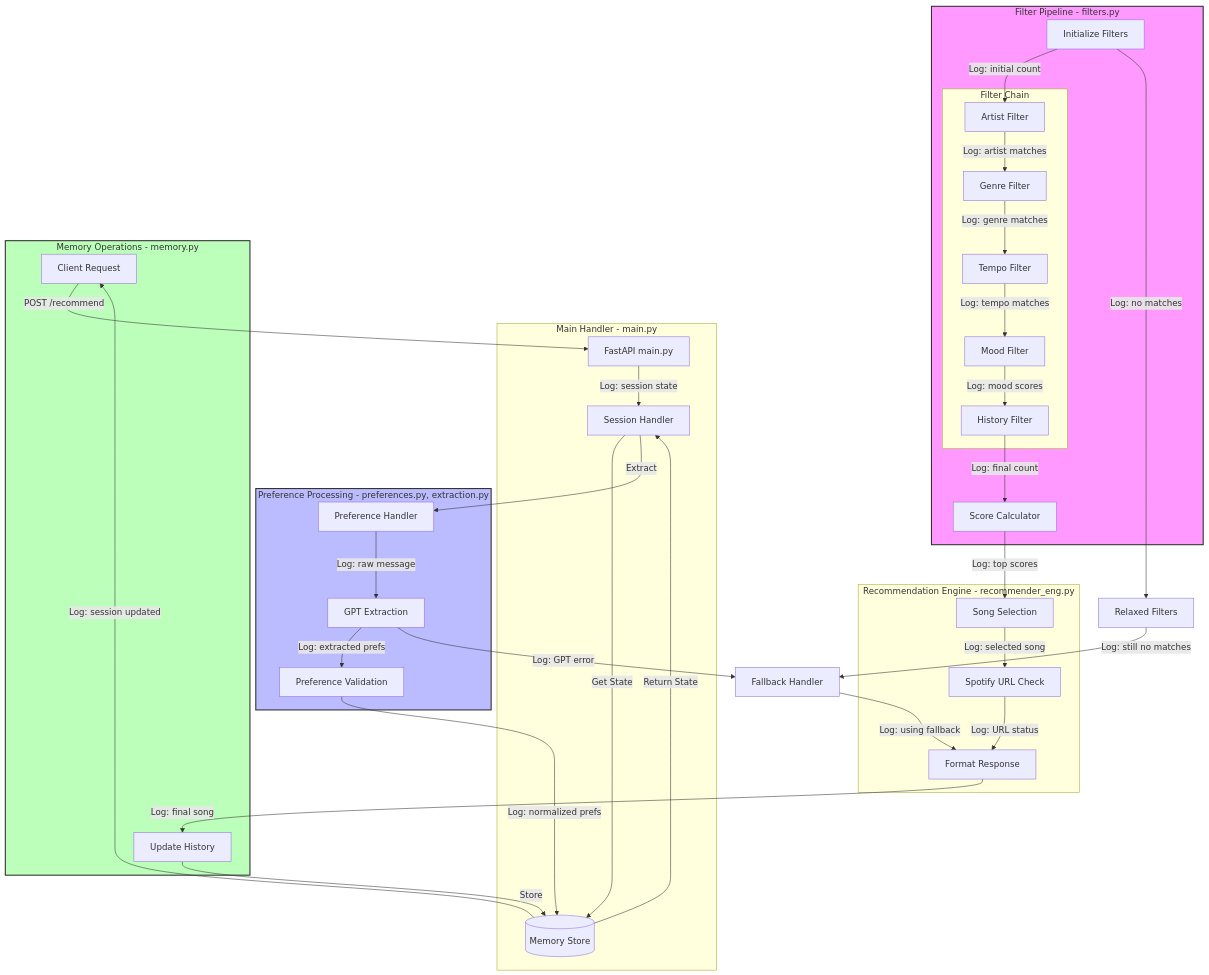
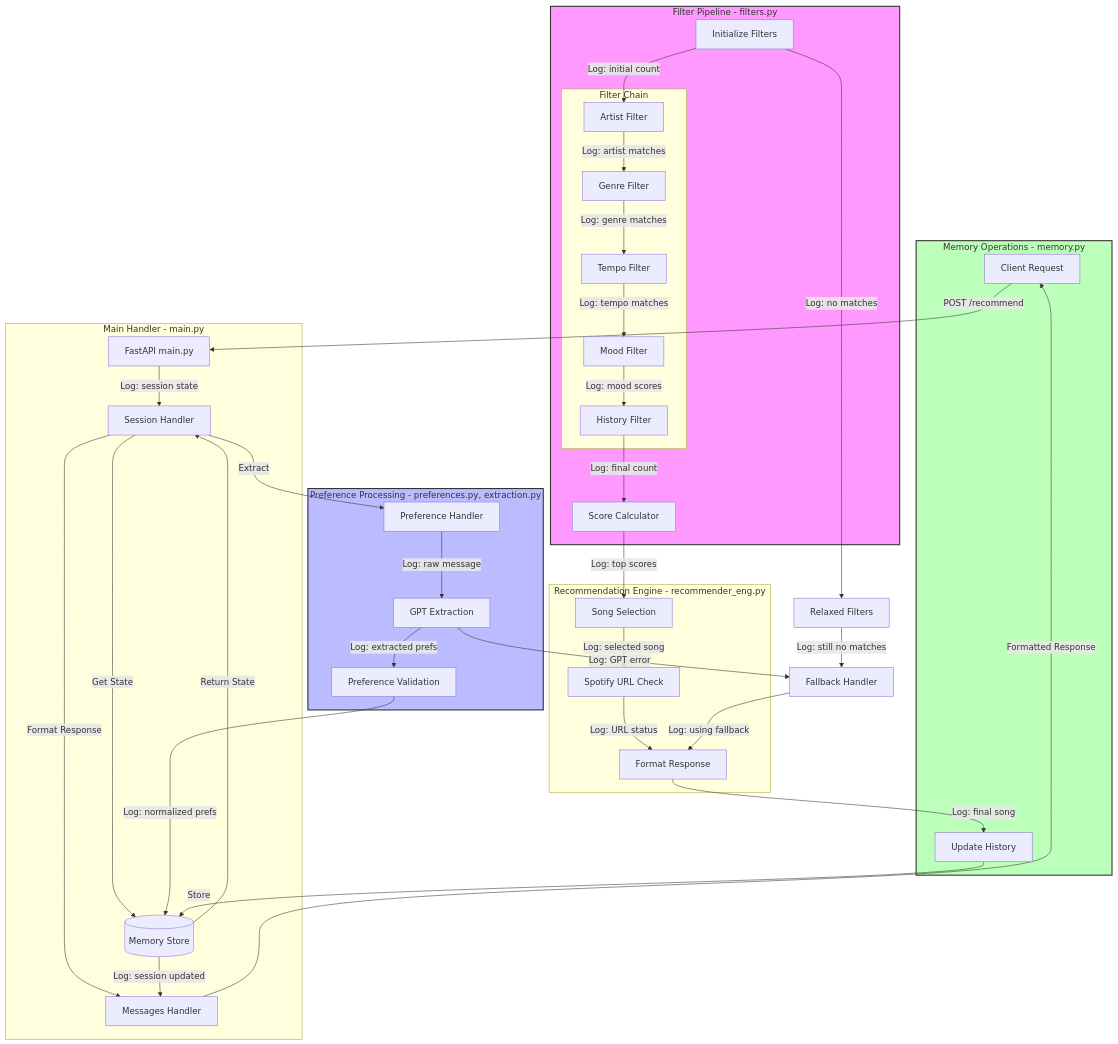
One commit to Omrile3/moodify changed the diagram in backend/docs/WORKFLOW.md. Above: the diagram before and after it, drawn with Mermaid. The commit also changed other lines of this file and 2 other files, not shown here.

Commit message:
Add Messages class for centralized user-facing messages and improve response formatting

````diff
--- a/backend/docs/WORKFLOW.md
+++ b/backend/docs/WORKFLOW.md
@@ -5,52 +5,54 @@
 ```mermaid
 graph TB
     Client[Client Request] -->|POST /recommend| FastAPI[FastAPI main.py]
     
     subgraph MainHandler[Main Handler - main.py]
         FastAPI -->|Log: session state| SessionHandler[Session Handler]
         SessionHandler -->|Get State| Memory[(Memory Store)]
         Memory -->|Return State| SessionHandler
+        SessionHandler -->|Format Response| Messages[Messages Handler]
     end
     
     subgraph PreferenceProcessing[Preference Processing - preferences.py, extraction.py]
         SessionHandler -->|Extract| PreferenceHandler[Preference Handler]
         PreferenceHandler -->|Log: raw message| GPTExtraction[GPT Extraction]
         GPTExtraction -->|Log: extracted prefs| Validation[Preference Validation]
         Validation -->|Log: normalized prefs| Memory
     end
 
     subgraph FilterPipeline[Filter Pipeline - filters.py]
         FilterInit[Initialize Filters] -->|Log: initial count| ArtistFilter
         
         subgraph Filters[Filter Chain]
             ArtistFilter[Artist Filter] -->|Log: artist matches| GenreFilter[Genre Filter]
             GenreFilter -->|Log: genre matches| TempoFilter[Tempo Filter]
             TempoFilter -->|Log: tempo matches| MoodFilter[Mood Filter]
             MoodFilter -->|Log: mood scores| HistoryFilter[History Filter]
         end
         
         HistoryFilter -->|Log: final count| ScoreCalc[Score Calculator]
     end
     
     subgraph Recommendation[Recommendation Engine - recommender_eng.py]
         ScoreCalc -->|Log: top scores| Selection[Song Selection]
         Selection -->|Log: selected song| SpotifyURL[Spotify URL Check]
         SpotifyURL -->|Log: URL status| ResponseFormat[Format Response]
     end
     
     subgraph MemoryOps[Memory Operations - memory.py]
         ResponseFormat -->|Log: final song| UpdateHistory[Update History]
         UpdateHistory -->|Store| Memory
-        Memory -->|Log: session updated| Client
+        Memory -->|Log: session updated| Messages
+        Messages -->|Formatted Response| Client
     end
 
     %% Error Handling Paths
     GPTExtraction -->|Log: GPT error| Fallback[Fallback Handler]
     FilterInit -->|Log: no matches| RelaxedFilters[Relaxed Filters]
     RelaxedFilters -->|Log: still no matches| Fallback
     Fallback -->|Log: using fallback| ResponseFormat
 
     style FilterPipeline fill:#f9f,stroke:#333,stroke-width:2px
     style PreferenceProcessing fill:#bbf,stroke:#333,stroke-width:2px
     style MemoryOps fill:#bfb,stroke:#333,stroke-width:2px
 ```
````
